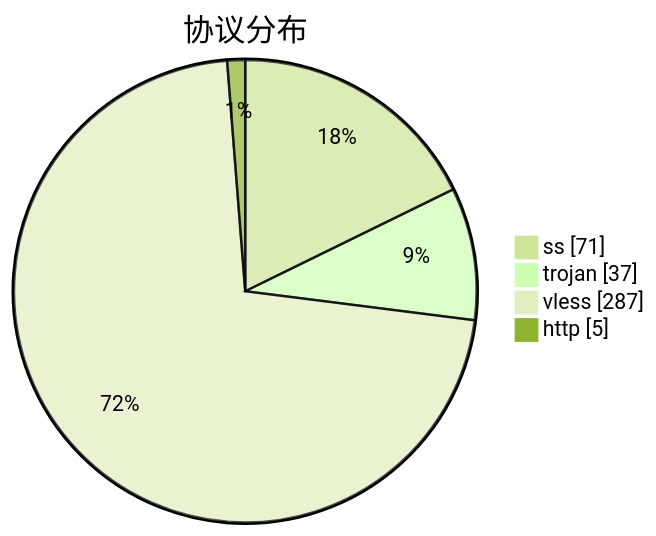
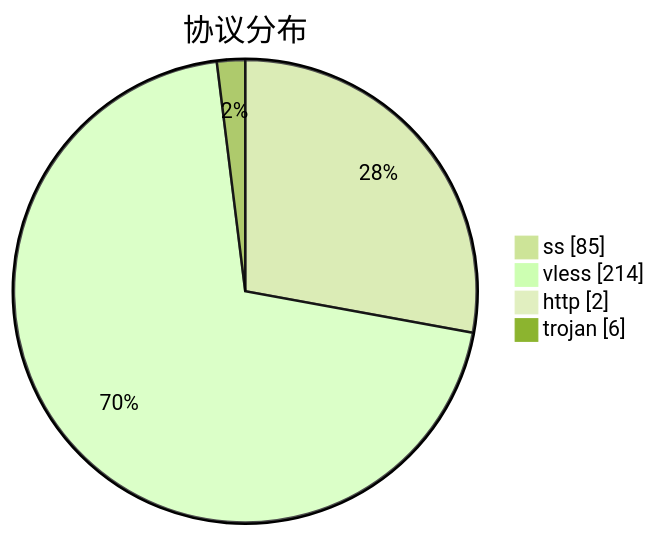
One commit to qjlxg/airport changed the third of 3 diagrams in subs/statistics/tested_within.md. Above: the diagram before and after it, drawn with Mermaid (forest theme). The commit also changed other lines of this file and 2 other files, not shown here.

````diff
--- a/subs/statistics/tested_within.md
+++ b/subs/statistics/tested_within.md
@@ -36,8 +26,8 @@
 ```mermaid
 pie showData
 title 协议分布
-"ss" : 71
-"trojan" : 37
-"vless" : 287
-"http" : 5
+"ss" : 85
+"vless" : 214
+"http" : 2
+"trojan" : 6
 ```
````
